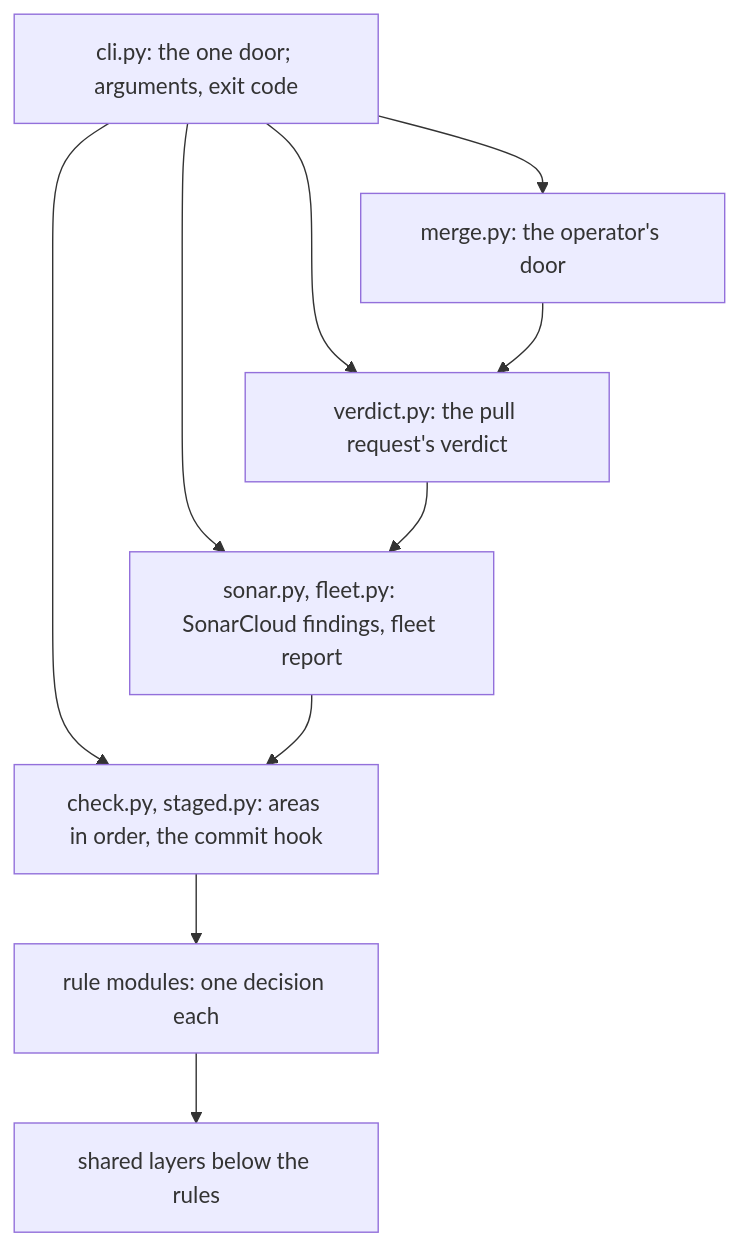
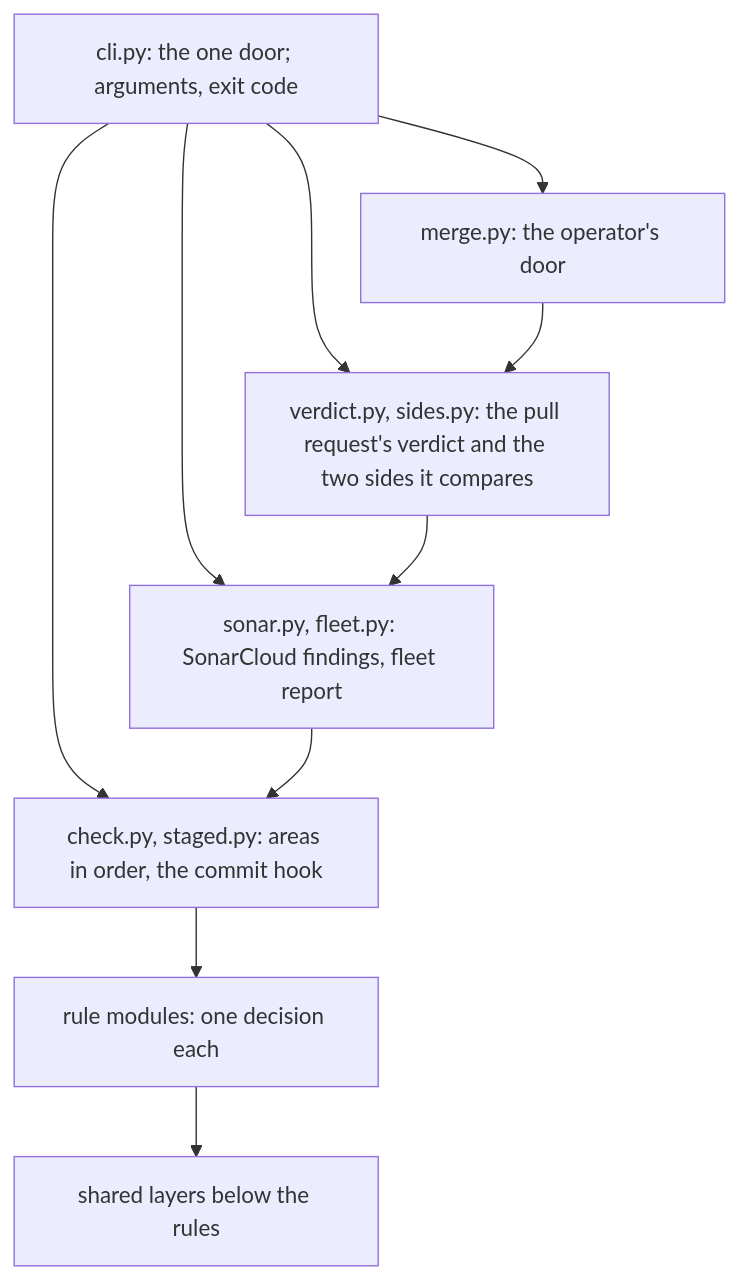
Before and after one commit to overnightworks/quality: the second of 3 diagrams in docs/ARCHITECTURE.md, drawn with Mermaid. The commit also changed 8 other files, not shown here.

First line of the commit message:
Move the gate's read of a pull request's two sides into sides.py (#448)

````diff
--- a/docs/ARCHITECTURE.md
+++ b/docs/ARCHITECTURE.md
@@ -41,19 +41,19 @@
 ```mermaid
 flowchart TB
     cli["cli.py: the one door; arguments, exit code"]
     door["merge.py: the operator's door"]
-    verdict["verdict.py: the pull request's verdict"]
+    verdict["verdict.py, sides.py: the pull request's verdict and the two sides it compares"]
     reports["sonar.py, fleet.py: SonarCloud findings, fleet report"]
     check["check.py, staged.py: areas in order, the commit hook"]
     rules["rule modules: one decision each"]
     shared["shared layers below the rules"]
     cli --> door
     cli --> verdict
     cli --> reports
     cli --> check
     door --> verdict
     verdict --> reports
     reports --> check
     check --> rules
     rules --> shared
 ```
````
